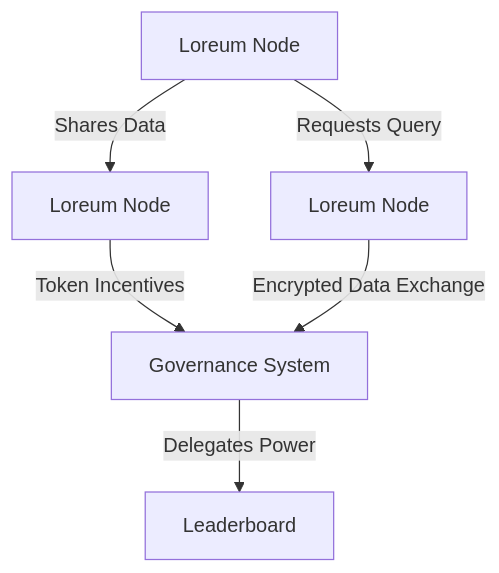
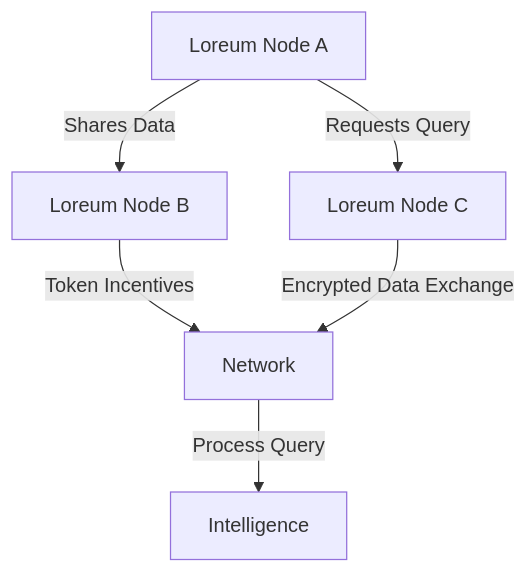
One commit to loreum-org/loreum-org.github.io changed the diagram in docs/intro.md. Above: the diagram before and after it, drawn with Mermaid. The commit also changed other lines of this file and 19 other files, not shown here.

````diff
--- a/docs/intro.md
+++ b/docs/intro.md
@@ -78,8 +53,8 @@
 ```mermaid
 graph TD
-    A[Loreum Node] -->|Shares Data| B[Loreum Node]
-    A -->|Requests Query| C[Loreum Node]
-    B -->|Token Incentives| D[Governance System]
+    A[Loreum Node A] -->|Shares Data| B[Loreum Node B]
+    A -->|Requests Query| C[Loreum Node C]
+    B -->|Token Incentives| D[Network]
     C -->|Encrypted Data Exchange| D
-    D -->|Delegates Power| E[Leaderboard]
+    D -->|Process Query| E[Intelligence]
 ```
````
